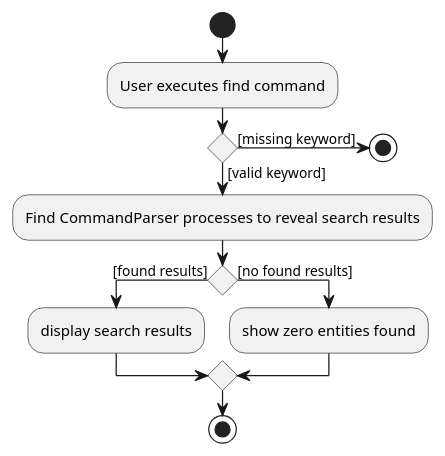
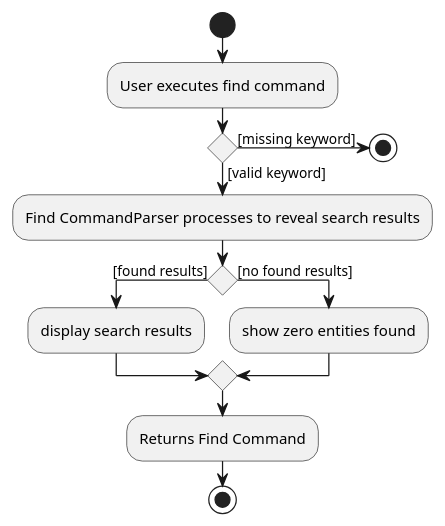
One commit to nus-cs2103-AY2021S2/tp changed the diagram in docs/diagrams/FindActivityDiagram.puml. Above: the diagram before and after it, drawn with PlantUML. The commit also changed 1 other file, not shown here.

Commit message:
Complete ViewSequenceDiagram description

```diff
--- a/docs/diagrams/FindActivityDiagram.puml
+++ b/docs/diagrams/FindActivityDiagram.puml
@@ -1,20 +1,22 @@
 @startuml
 
 start
 :User executes find command;
 
 if () then ([missing keyword])
 stop
 else ([valid keyword])
 :Find CommandParser processes to reveal search results;
 endif
 
 if () then ([found results])
 :display search results;
 else ([no found results])
 :show zero entities found;
 endif
 
+:Returns Find Command;
+
 stop
 
 @enduml
```
